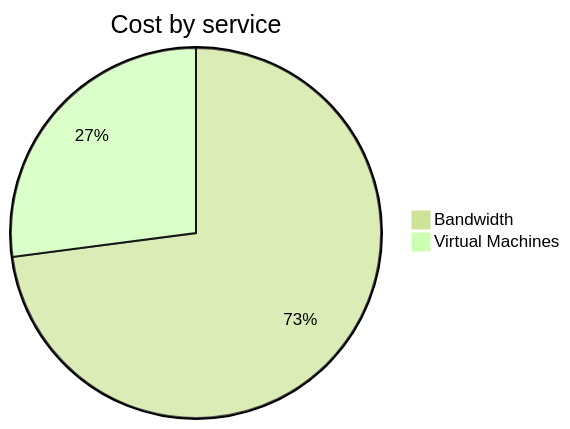
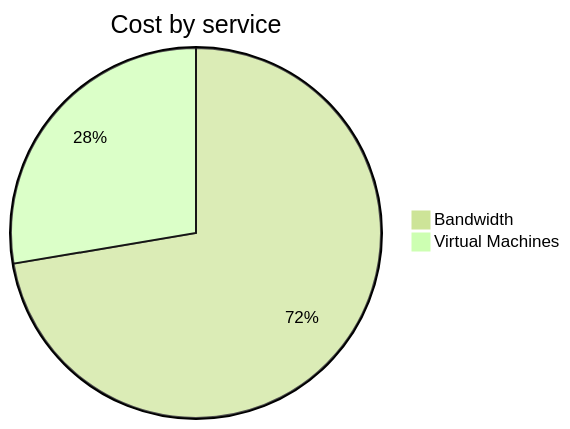
The second of 4 diagrams in cost-reports/personal-network/vpn-server.md (jpfulton/azure-personal-reports), drawn with Mermaid (forest theme) before and after one commit. The commit also changed other lines of this file and 8 other files, not shown here.

````diff
--- a/cost-reports/personal-network/vpn-server.md
+++ b/cost-reports/personal-network/vpn-server.md
@@ -96,6 +96,6 @@
 ```mermaid
 pie
    title Cost by service
-   "Bandwidth" : 15.71
-   "Virtual Machines" : 5.83
+   "Bandwidth" : 15.78
+   "Virtual Machines" : 6.03
 ```
````
